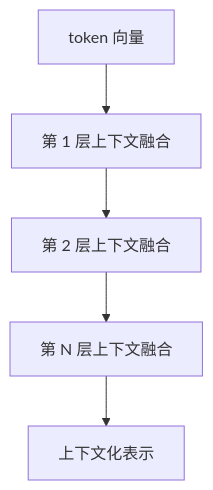
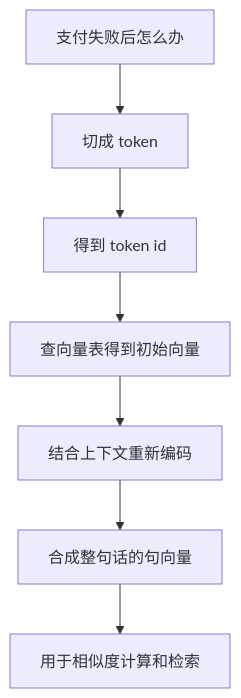
The fifth of 6 diagrams in 06-Embedding文本如何变成向量.md (benx92/ai-learning-notes), drawn with Mermaid before and after one commit. The commit also changed other lines of this file and 1 other file, not shown here.

````diff
--- a/06-Embedding文本如何变成向量.md
+++ b/06-Embedding文本如何变成向量.md
@@ -190,7 +369,9 @@
 ```mermaid
 flowchart TD
-    A[token 向量] --> B[第 1 层上下文融合]
-    B --> C[第 2 层上下文融合]
-    C --> D[第 N 层上下文融合]
-    D --> E[上下文化表示]
+    A[支付失败后怎么办] --> B[切成 token]
+    B --> C[得到 token id]
+    C --> D[查向量表得到初始向量]
+    D --> E[结合上下文重新编码]
+    E --> F[合成整句话的句向量]
+    F --> G[用于相似度计算和检索]
 ```
````
